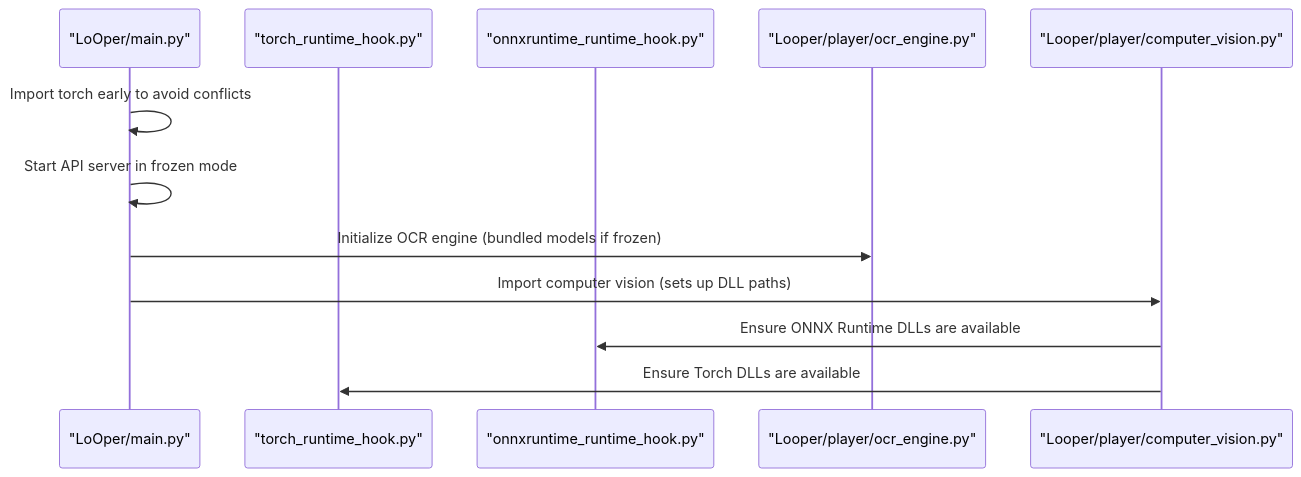
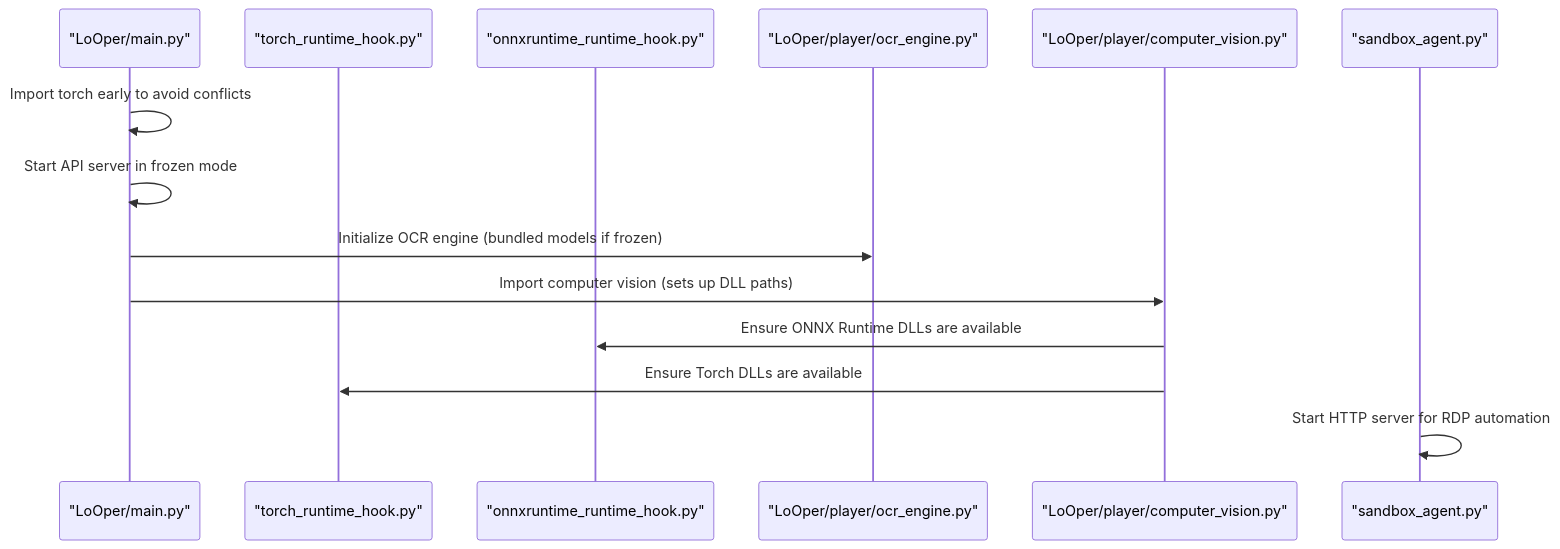
Before and after one commit to RodrigoBenitez343/Arrow: the tenth of 12 diagrams in .qoder/repowiki/en/content/Packaging and Distribution/PyInstaller Configuration.md, drawn with Mermaid. The commit also changed other lines of this file and 53 other files, not shown here.

````diff
--- a/.qoder/repowiki/en/content/Packaging and Distribution/PyInstaller Configuration.md
+++ b/.qoder/repowiki/en/content/Packaging and Distribution/PyInstaller Configuration.md
@@ -294,14 +323,16 @@
 ```mermaid
 sequenceDiagram
 participant Main as "LoOper/main.py"
 participant TorchHook as "torch_runtime_hook.py"
 participant ORTE as "onnxruntime_runtime_hook.py"
-participant OCR as "Looper/player/ocr_engine.py"
-participant CV as "Looper/player/computer_vision.py"
+participant OCR as "LoOper/player/ocr_engine.py"
+participant CV as "LoOper/player/computer_vision.py"
+participant Sandbox as "sandbox_agent.py"
 Main->>Main : Import torch early to avoid conflicts
 Main->>Main : Start API server in frozen mode
 Main->>OCR : Initialize OCR engine (bundled models if frozen)
 Main->>CV : Import computer vision (sets up DLL paths)
 CV->>ORTE : Ensure ONNX Runtime DLLs are available
 CV->>TorchHook : Ensure Torch DLLs are available
+Sandbox->>Sandbox : Start HTTP server for RDP automation
 ```
````
